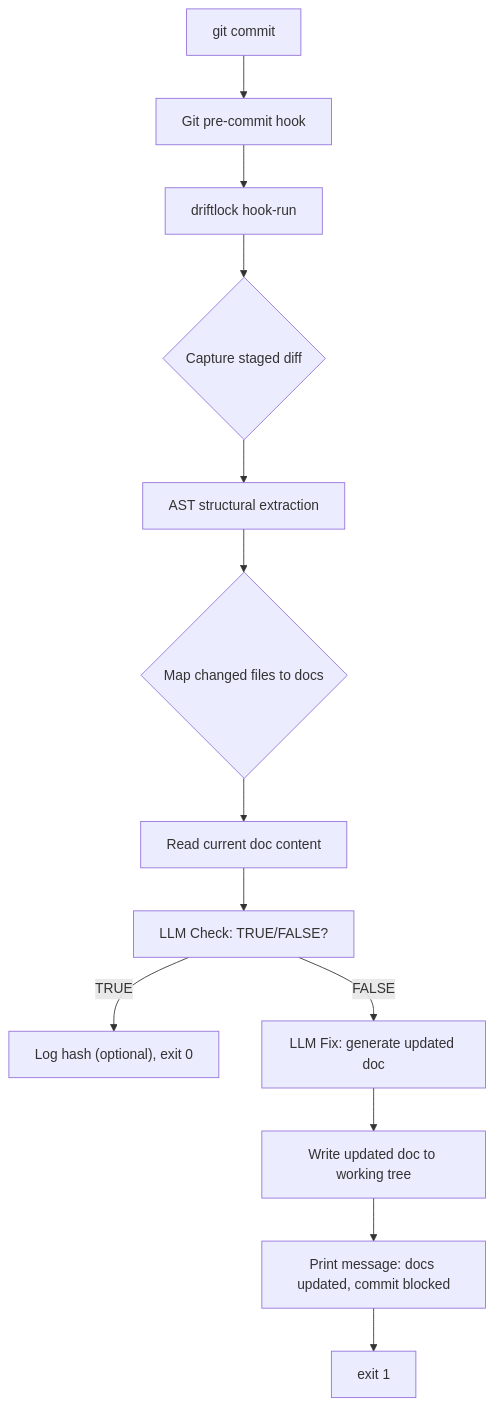
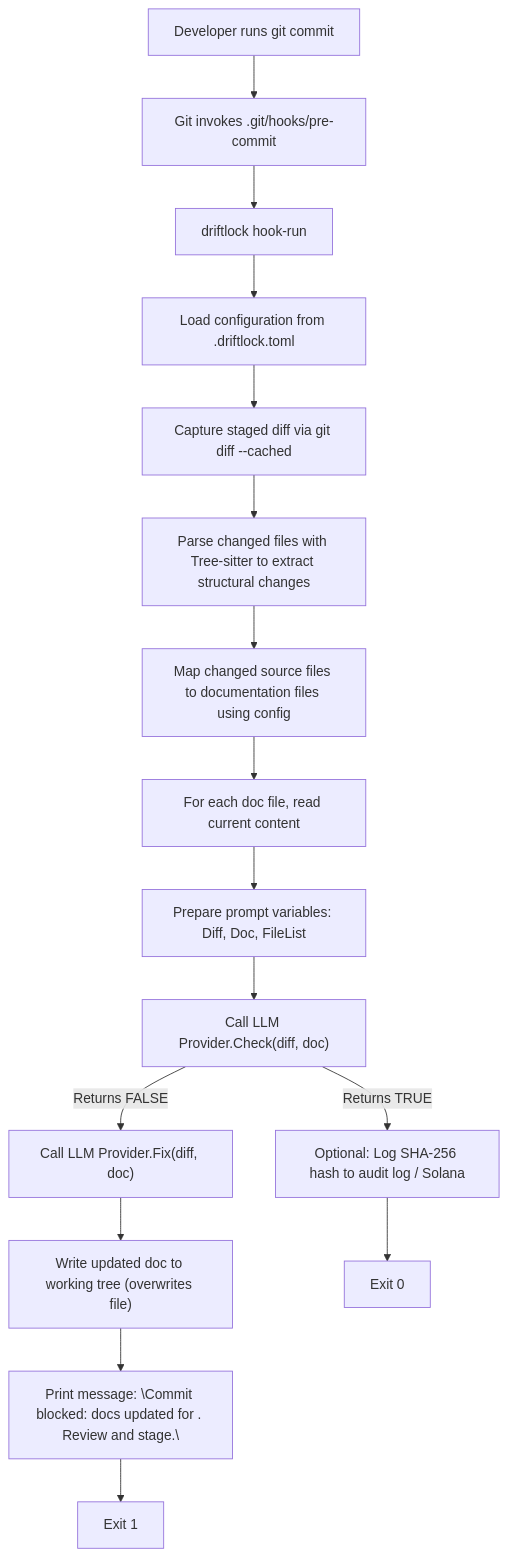
Before and after one commit to Ksschkw/driftlock: the diagram in hghlvl.mmd, drawn with Mermaid. The commit also changed 1 other file, not shown here.

```diff
--- a/hghlvl.mmd
+++ b/hghlvl.mmd
@@ -1,13 +1,16 @@
 flowchart TD
-    A[git commit] --> B[Git pre-commit hook]
+    A[Developer runs git commit] --> B[Git invokes .git/hooks/pre-commit]
     B --> C[driftlock hook-run]
-    C --> D{Capture staged diff}
-    D --> E[AST structural extraction]
-    E --> F{Map changed files to docs}
-    F --> G[Read current doc content]
-    G --> H[LLM Check: TRUE/FALSE?]
-    H -->|TRUE| I["Log hash (optional), exit 0"]
-    H -->|FALSE| J[LLM Fix: generate updated doc]
-    J --> K[Write updated doc to working tree]
-    K --> L[Print message: docs updated, commit blocked]
-    L --> M[exit 1]
+    C --> D[Load configuration from .driftlock.toml]
+    D --> E[Capture staged diff via git diff --cached]
+    E --> F[Parse changed files with Tree-sitter to extract structural changes]
+    F --> G[Map changed source files to documentation files using config]
+    G --> H[For each doc file, read current content]
+    H --> I[Prepare prompt variables: Diff, Doc, FileList]
+    I --> J["Call LLM Provider.Check(diff, doc)"]
+    J -->|Returns TRUE| K[Optional: Log SHA-256 hash to audit log / Solana]
+    J -->|Returns FALSE| L["Call LLM Provider.Fix(diff, doc)"]
+    L --> M["Write updated doc to working tree (overwrites file)"]
+    M --> N["Print message: \"Commit blocked: docs updated for <file>. Review and stage.\""]
+    N --> O[Exit 1]
+    K --> P[Exit 0]
```
